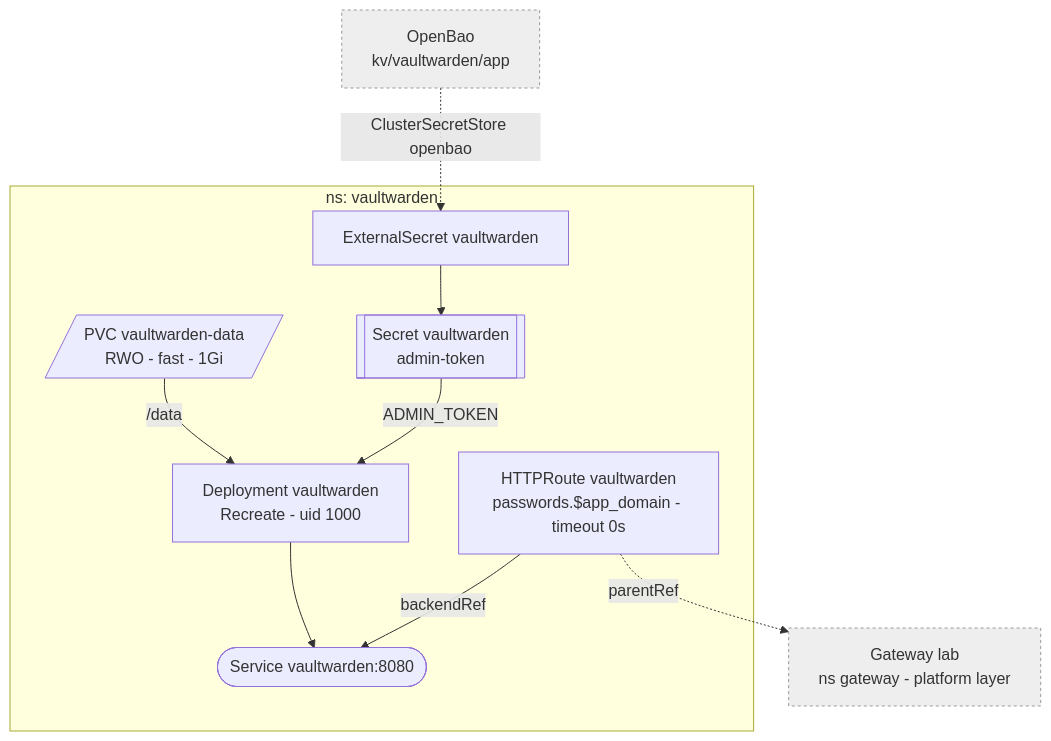
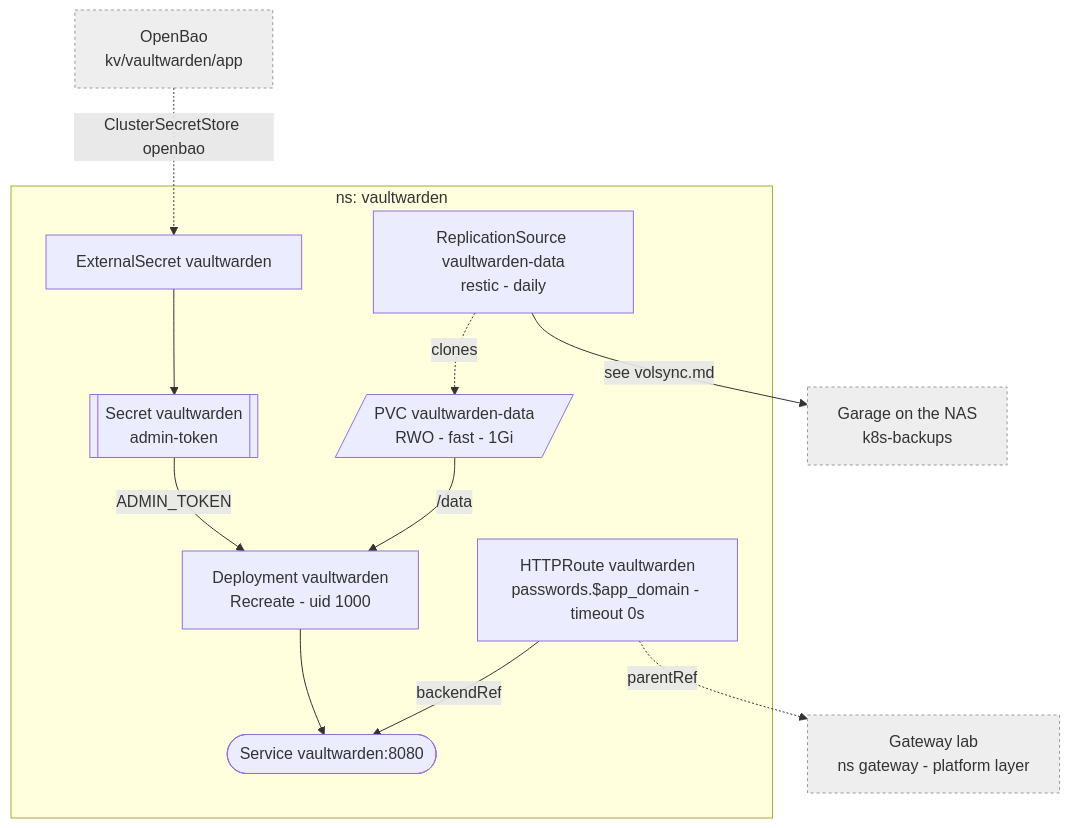
Before and after one commit to Sojamann/homelab-apps: the diagram in docs/vaultwarden.md, drawn with Mermaid. The commit also changed other lines of this file and 5 other files, not shown here.

````diff
--- a/docs/vaultwarden.md
+++ b/docs/vaultwarden.md
@@ -7,17 +7,19 @@
 ```mermaid
 graph TD
   subgraph vw["ns: vaultwarden"]
     ES["ExternalSecret vaultwarden"] --> SEC[["Secret vaultwarden<br/>admin-token"]]
     SRV["Deployment vaultwarden<br/>Recreate - uid 1000"]
     SRV --> SVC(["Service vaultwarden:8080"])
     PVC[/"PVC vaultwarden-data<br/>RWO - fast - 1Gi"/] -->|/data| SRV
+    RS["ReplicationSource vaultwarden-data<br/>restic - daily"] -.->|clones| PVC
     SEC -->|ADMIN_TOKEN| SRV
     RT["HTTPRoute vaultwarden<br/>passwords.$app_domain - timeout 0s"] -->|backendRef| SVC
   end
 
   BAO["OpenBao<br/>kv/vaultwarden/app"] -.->|ClusterSecretStore openbao| ES
+  RS -->|see volsync.md| GA["Garage on the NAS<br/>k8s-backups"]
   RT -.->|parentRef| GW["Gateway lab<br/>ns gateway - platform layer"]
 
   classDef ext fill:#eee,stroke:#999,stroke-dasharray:3 3;
-  class GW,BAO ext;
+  class GW,BAO,GA ext;
 ```
````
